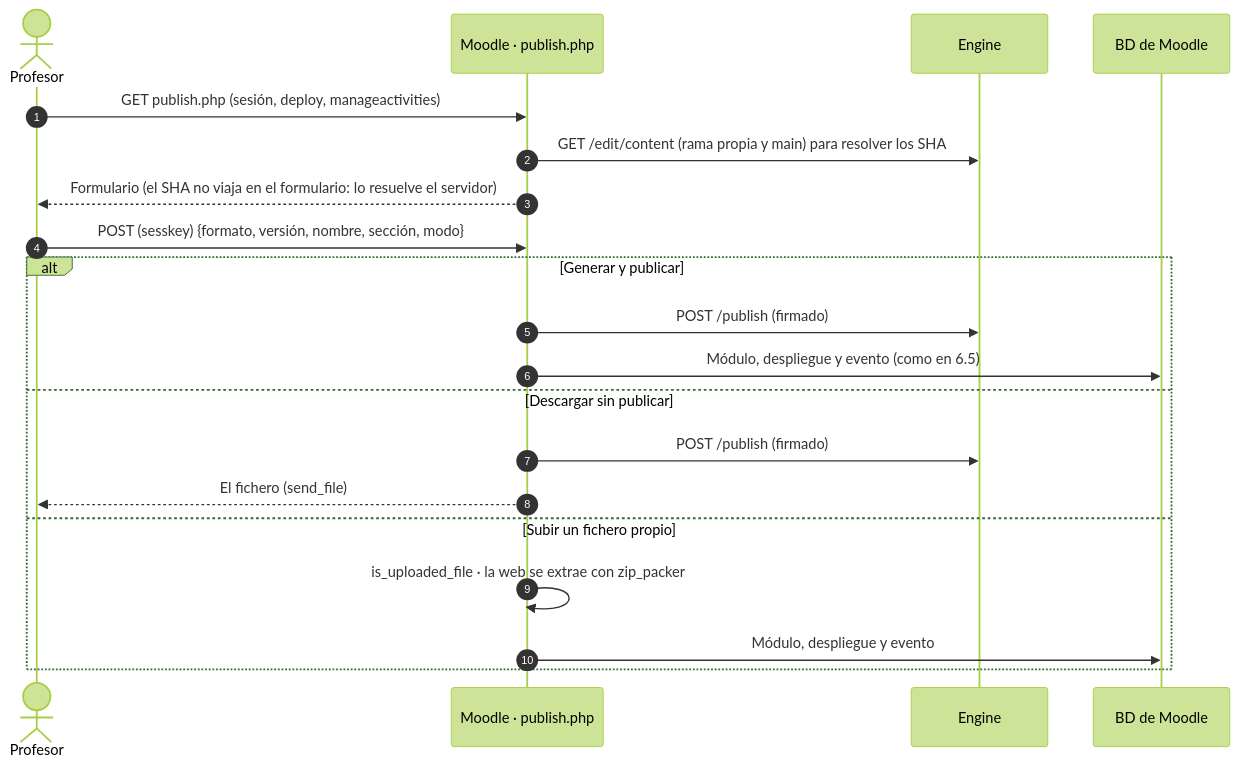
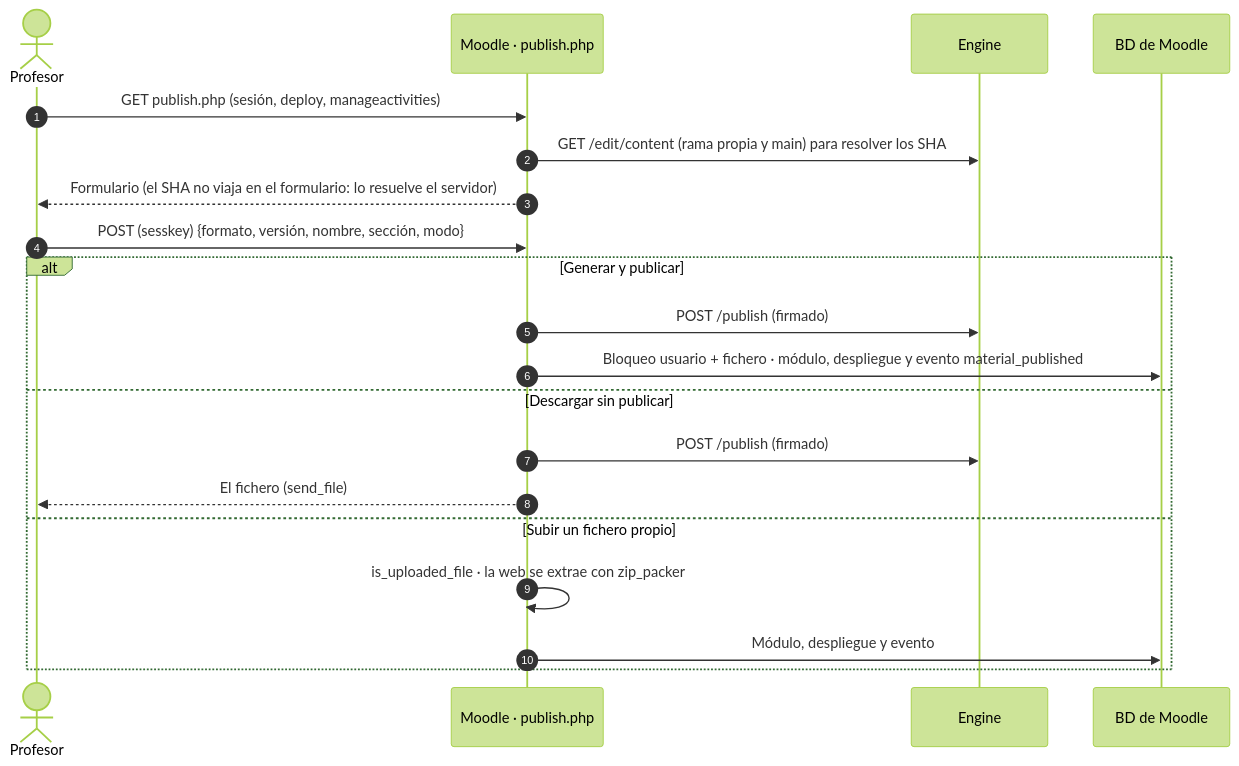
The eighth of 15 diagrams in docs/Seguridad — Evaluación del plugin local_liamateriales.md (darioaxel/moodle-liaeditor-git), drawn with Mermaid (forest theme) before and after one commit. The commit also changed other lines of this file and 13 other files, not shown here.

````diff
--- a/docs/Seguridad — Evaluación del plugin local_liamateriales.md
+++ b/docs/Seguridad — Evaluación del plugin local_liamateriales.md
@@ -404,23 +403,23 @@
 ```mermaid
 sequenceDiagram
   autonumber
   actor P as Profesor
   participant M as Moodle · publish.php
   participant E as Engine
   participant DB as BD de Moodle
 
   P->>M: GET publish.php (sesión, deploy, manageactivities)
   M->>E: GET /edit/content (rama propia y main) para resolver los SHA
   M-->>P: Formulario (el SHA no viaja en el formulario: lo resuelve el servidor)
   P->>M: POST (sesskey) {formato, versión, nombre, sección, modo}
   alt Generar y publicar
     M->>E: POST /publish (firmado)
-    M->>DB: Módulo, despliegue y evento (como en 6.5)
+    M->>DB: Bloqueo usuario + fichero · módulo, despliegue y evento material_published
   else Descargar sin publicar
     M->>E: POST /publish (firmado)
     M-->>P: El fichero (send_file)
   else Subir un fichero propio
     M->>M: is_uploaded_file · la web se extrae con zip_packer
     M->>DB: Módulo, despliegue y evento
   end
 ```
````
